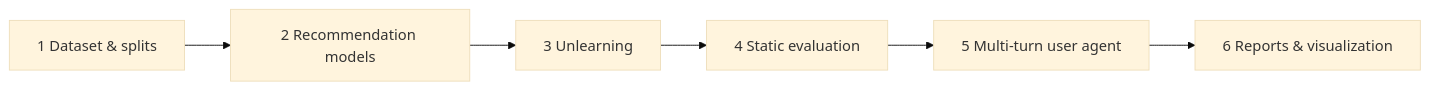
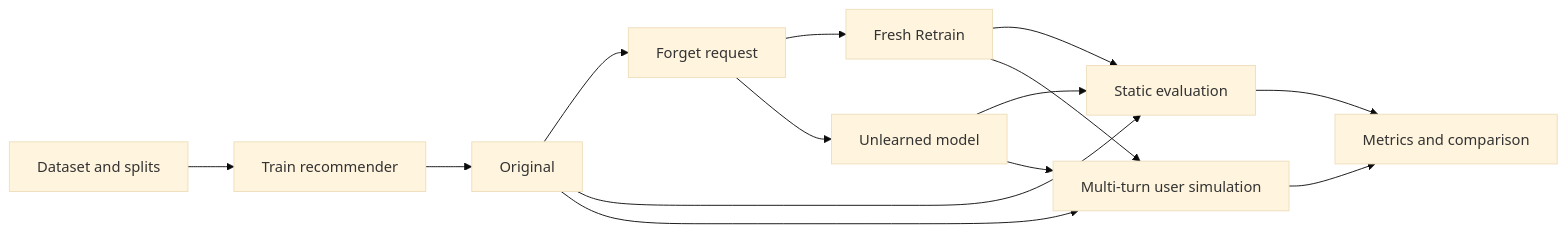
Before and after one commit to Kyunic/AfterRec: the diagram in README.md, drawn with Mermaid (base theme). The commit also changed other lines of this file, not shown here.

````diff
--- a/README.md
+++ b/README.md
@@ -33,8 +26,16 @@
 ```mermaid
 flowchart LR
-    A["1 Dataset & splits"] --> B["2 Recommendation models"]
-    B --> C["3 Unlearning"]
-    C --> D["4 Static evaluation"]
-    D --> E["5 Multi-turn user agent"]
-    E --> F["6 Reports & visualization"]
+    D["Dataset and splits"] --> M["Train recommender"]
+    M --> O["Original"]
+    O --> F["Forget request"]
+    F --> R["Fresh Retrain"]
+    F --> U["Unlearned model"]
+    O --> E["Static evaluation"]
+    R --> E
+    U --> E
+    O --> S["Multi-turn user simulation"]
+    R --> S
+    U --> S
+    E --> V["Metrics and comparison"]
+    S --> V
 ```
````
